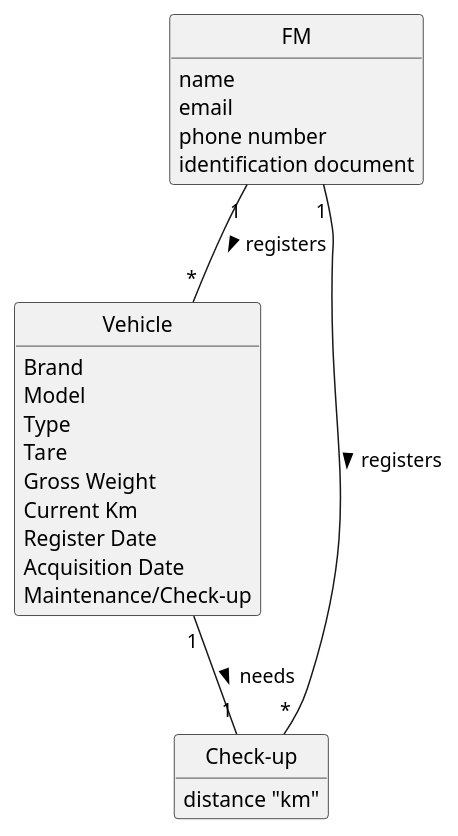
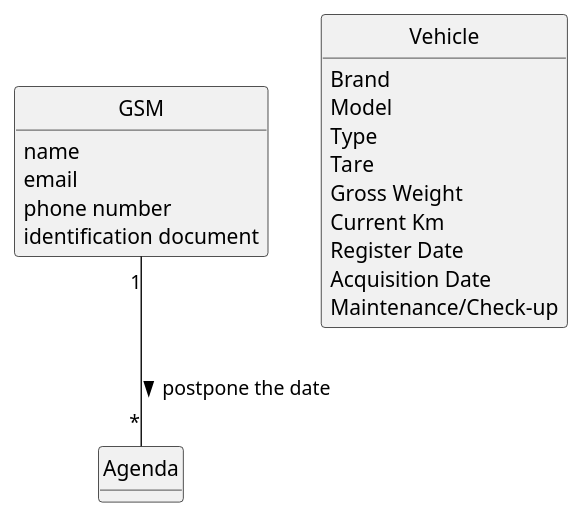
Before and after one commit to Departamento-de-Engenharia-Informatica/lei-24-s2-1dl-g121: the diagram in docs/sprintC/us024/02.analysis/puml/us024-domain-model.puml, drawn with PlantUML. The commit also changed 2 other files, not shown here.

```diff
--- a/docs/sprintC/us024/02.analysis/puml/us024-domain-model.puml
+++ b/docs/sprintC/us024/02.analysis/puml/us024-domain-model.puml
@@ -1,49 +1,48 @@
 @startuml
 skinparam monochrome true
 skinparam packageStyle rectangle
 skinparam shadowing false
 'skinparam linetype ortho
 'left to right direction
 skinparam classAttributeIconSize 0
 hide circle
 hide methods
 
 'title Domain Model
 
 'class Platform {
 '  -description
 '}
 
 
-class FM{
+class GSM{
     name
     email
     phone number
     identification document
 }
 
 
 class Vehicle{
     Brand
     Model
     Type
     Tare
     Gross Weight
     Current Km
     Register Date
     Acquisition Date
     Maintenance/Check-up
 }
 
-class Check-up{
-    distance "km"
+class Agenda{
+
 }
 
 
 
-FM "1" -- "*" Vehicle : registers >
-FM "1" -- "*" "Check-up" : registers >
-Vehicle "1" -- "1" "Check-up" : needs >
+GSM "1" -- "*" "Agenda" : postpone the date >
+
 
 
 @enduml
```
